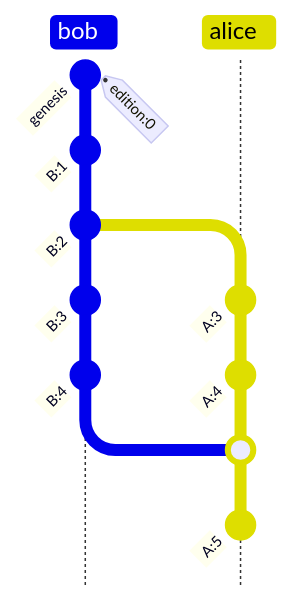
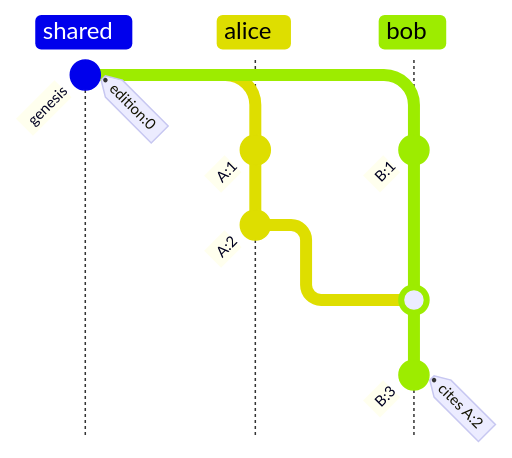
Before and after one commit to dialog-db/dialog-db: the eighth of 8 diagrams in notes/version-control.md, drawn with Mermaid. The commit also changed other lines of this file and 94 other files, not shown here.

````diff
--- a/notes/version-control.md
+++ b/notes/version-control.md
@@ -277,17 +383,15 @@
 ```mermaid
-%%{init: { 'gitGraph': {'showBranches': true, 'showCommitLabel':true,'mainBranchName': 'bob', 'parallelCommits': true}} }%%
+%%{init: { 'gitGraph': {'showBranches': true, 'showCommitLabel':true,'mainBranchName': 'shared', 'parallelCommits': true}} }%%
 gitGraph TB:
    commit id: "genesis" tag: "edition:0"
+   branch alice
+   branch bob
+   checkout alice
+   commit id: "A:1"
+   commit id: "A:2"
+   checkout bob
    commit id: "B:1"
-   commit id: "B:2"
-   branch alice
-   checkout alice
-   commit id: "A:3"
-   commit id: "A:4"
    checkout bob
-   commit id: "B:3"
-   commit id: "B:4"
-   checkout alice
-   merge bob
-   commit id: "A:5"
+   merge alice
+   commit id: "B:3" tag: "cites A:2"
 ```
````
